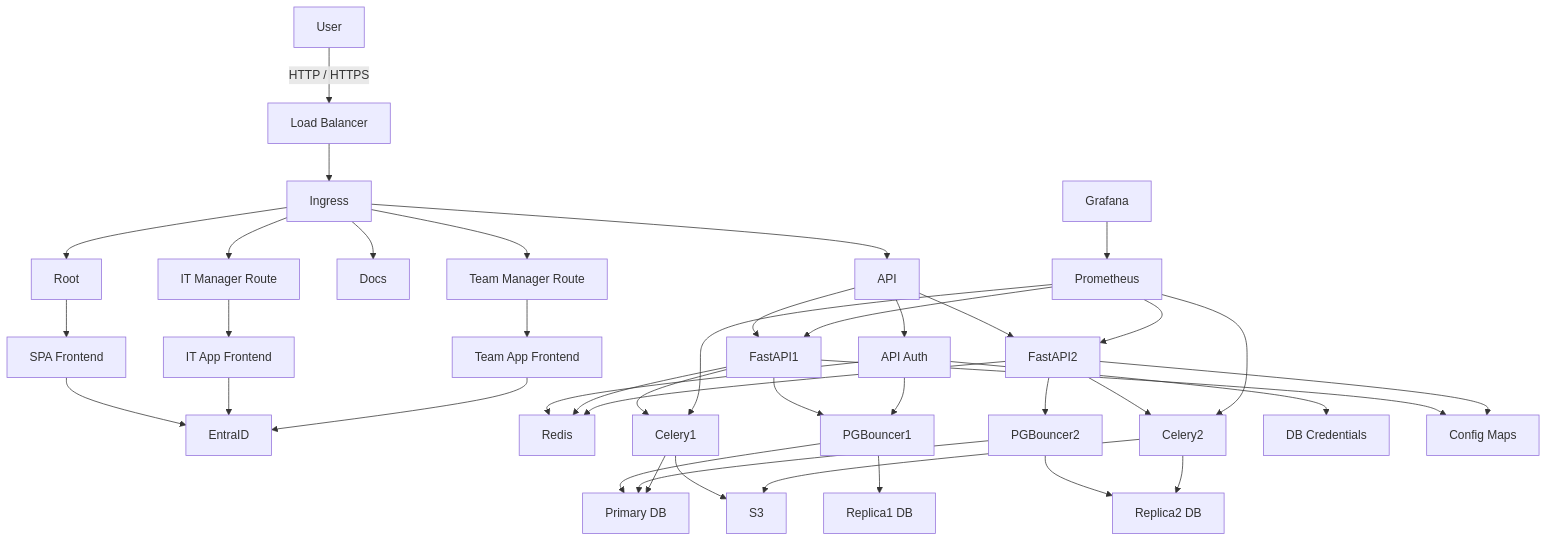
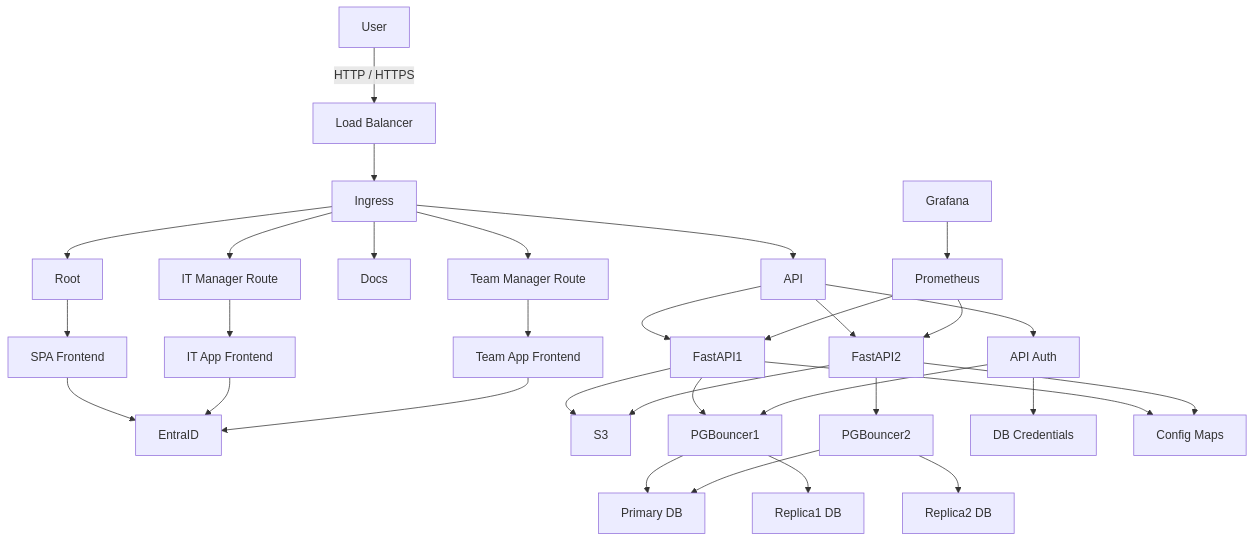
The second of 2 diagrams in docs/src/architecture/03-subsystem-map.md (EPFL-ENAC/co2-calculator), drawn with Mermaid before and after one commit. The commit also changed other lines of this file and 2 other files, not shown here.

Commit message:
docs(860): remove Redis/Celery nodes from architecture mermaid diagrams
Subsystem map, data-flow, and deployment-topology diagrams showed a
fictional Redis task-queue + Celery worker tier. Removed those nodes,
subgraphs, edges, and styles; re-pointed the real DB/S3 write flows to
the backend pods (which run jobs in-process per ADR-010) and labeled
them accordingly. Verified diagram node/edge integrity by hand
(mkdocs --strict does not parse mermaid).

Refs #860.

```diff
--- a/docs/src/architecture/03-subsystem-map.md
+++ b/docs/src/architecture/03-subsystem-map.md
@@ -53,11 +48,6 @@
     FastAPI1[FastAPI1]
     FastAPI2[FastAPI2]
     APIAuth[API Auth]
-
-    %% Workers
-    Redis[Redis]
-    Celery1[Celery1]
-    Celery2[Celery2]
 
     %% Database
     PGBouncer1[PGBouncer1]
@@ -90,13 +80,6 @@
     API --> FastAPI2
     API --> APIAuth
 
-    %% Backend to workers
-    FastAPI1 --> Celery1
-    FastAPI2 --> Celery2
-    APIAuth --> Redis
-    FastAPI1 --> Redis
-    FastAPI2 --> Redis
-
     %% Backend to Database via PGBouncer
     FastAPI1 --> PGBouncer1
     FastAPI2 --> PGBouncer2
@@ -106,11 +89,9 @@
     PGBouncer2 --> Primary
     PGBouncer2 --> Replica2
 
-    %% Workers optional DB/Storage access
-    Celery1 --> Primary
-    Celery2 --> Replica2
-    Celery1 --> S3
-    Celery2 --> S3
+    %% Backend in-process Storage access (background jobs run in-process via asyncio)
+    FastAPI1 --> S3
+    FastAPI2 --> S3
 
     %% Config & Monitoring
     FastAPI1 --> ConfigMaps
@@ -118,8 +99,6 @@
     APIAuth --> DBCreds
     Prometheus --> FastAPI1
     Prometheus --> FastAPI2
-    Prometheus --> Celery1
-    Prometheus --> Celery2
     Grafana --> Prometheus
 
     %% External Identity & Storage
```
